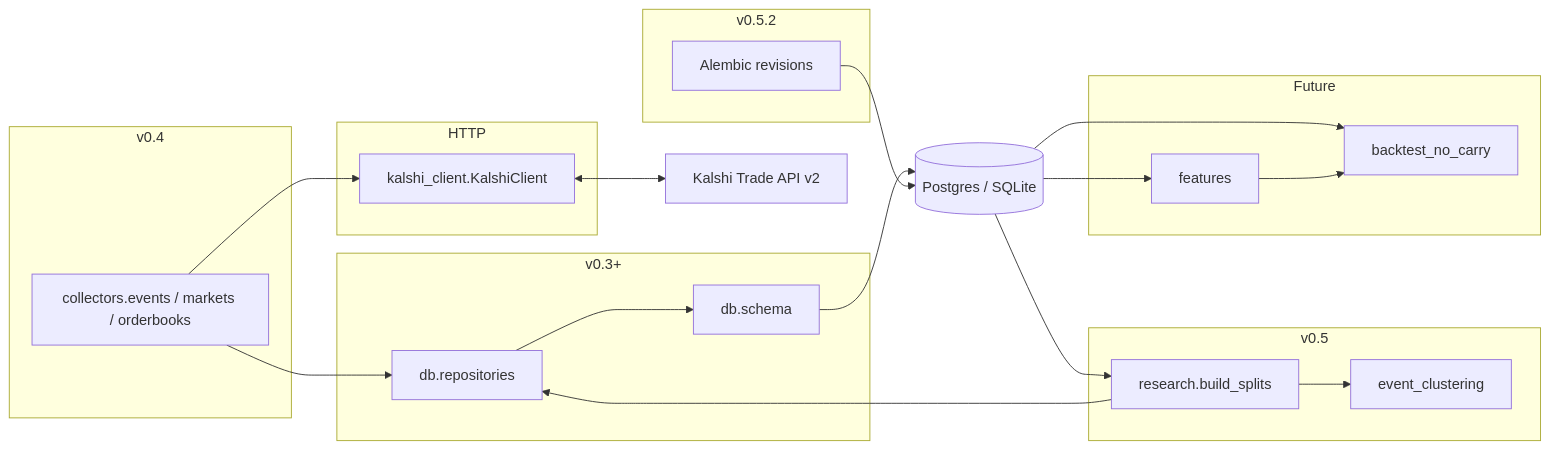
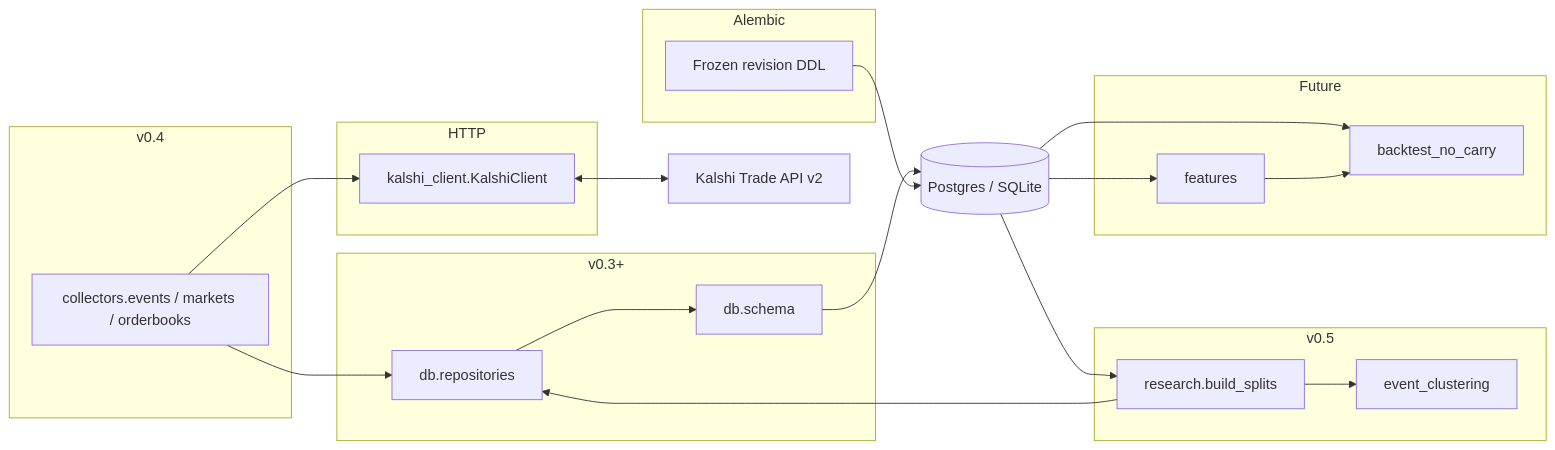
The diagram in docs/ARCHITECTURE.md (aryanbonigala/No-Contracts), drawn with Mermaid before and after one commit. The commit also changed other lines of this file and 5 other files, not shown here.

Commit message:
v0.5.4 add Alembic migrations with frozen JSONB-aligned schema

````diff
--- a/docs/ARCHITECTURE.md
+++ b/docs/ARCHITECTURE.md
@@ -11,38 +11,38 @@
 ```mermaid
 flowchart LR
   subgraph client [HTTP]
     KC[kalshi_client.KalshiClient]
   end
   subgraph ingest [v0.4]
     COL[collectors.events / markets / orderbooks]
   end
   subgraph persistence [v0.3+]
     REP[db.repositories]
     SCH[db.schema]
   end
-  subgraph migrations [v0.5.2]
-    ALB[Alembic revisions]
+  subgraph migrations [Alembic]
+    ALB[Frozen revision DDL]
   end
   subgraph splits [v0.5]
     BC[research.build_splits]
     CL[event_clustering]
   end
   API[Kalshi Trade API v2]
   KC <--> API
   COL --> KC
   COL --> REP
   BC --> REP
   BC --> CL
   REP --> SCH
   DB[(Postgres / SQLite)]
   SCH --> DB
   ALB --> DB
   subgraph research_future [Future]
     FE[features]
     BT[backtest_no_carry]
   end
   DB --> BC
   DB --> FE
   DB --> BT
   FE --> BT
 ```
````
